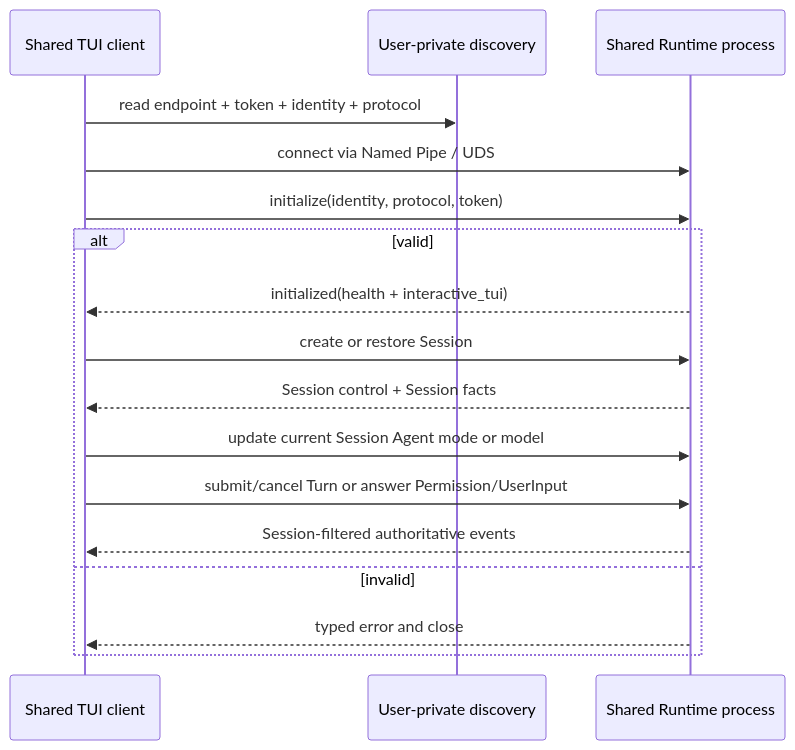
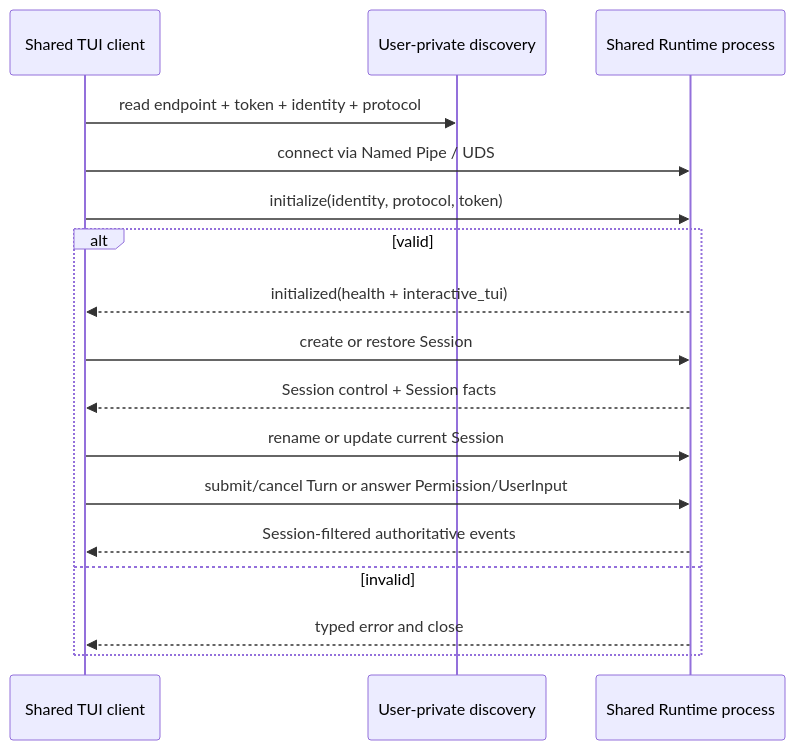
Before and after one commit to 1688mengdie/BitFun: the seventh of 12 diagrams in docs/architecture/agent-runtime-deployment-design.md, drawn with Mermaid. The commit also changed other lines of this file and 53 other files, not shown here.

Commit message:
feat(cli): add shared session rename and streamline IPC

````diff
--- a/docs/architecture/agent-runtime-deployment-design.md
+++ b/docs/architecture/agent-runtime-deployment-design.md
@@ -186,20 +186,20 @@
 ```mermaid
 sequenceDiagram
   participant C as Shared TUI client
   participant D as User-private discovery
   participant S as Shared Runtime process
 
   C->>D: read endpoint + token + identity + protocol
   C->>S: connect via Named Pipe / UDS
   C->>S: initialize(identity, protocol, token)
   alt valid
     S-->>C: initialized(health + interactive_tui)
     C->>S: create or restore Session
     S-->>C: Session control + Session facts
-    C->>S: update current Session Agent mode or model
+    C->>S: rename or update current Session
     C->>S: submit/cancel Turn or answer Permission/UserInput
     S-->>C: Session-filtered authoritative events
   else invalid
     S-->>C: typed error and close
   end
 ```
````
